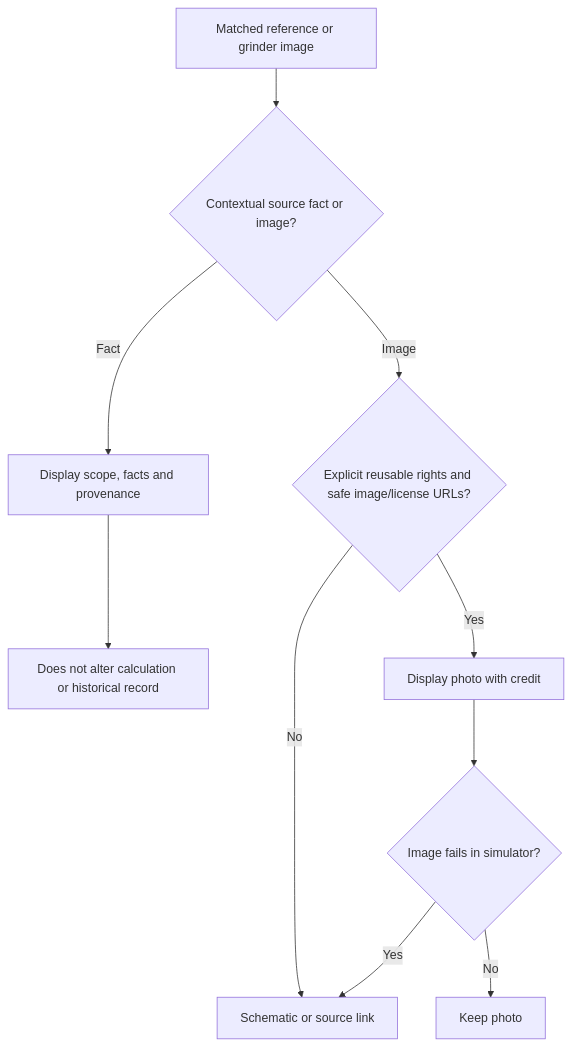
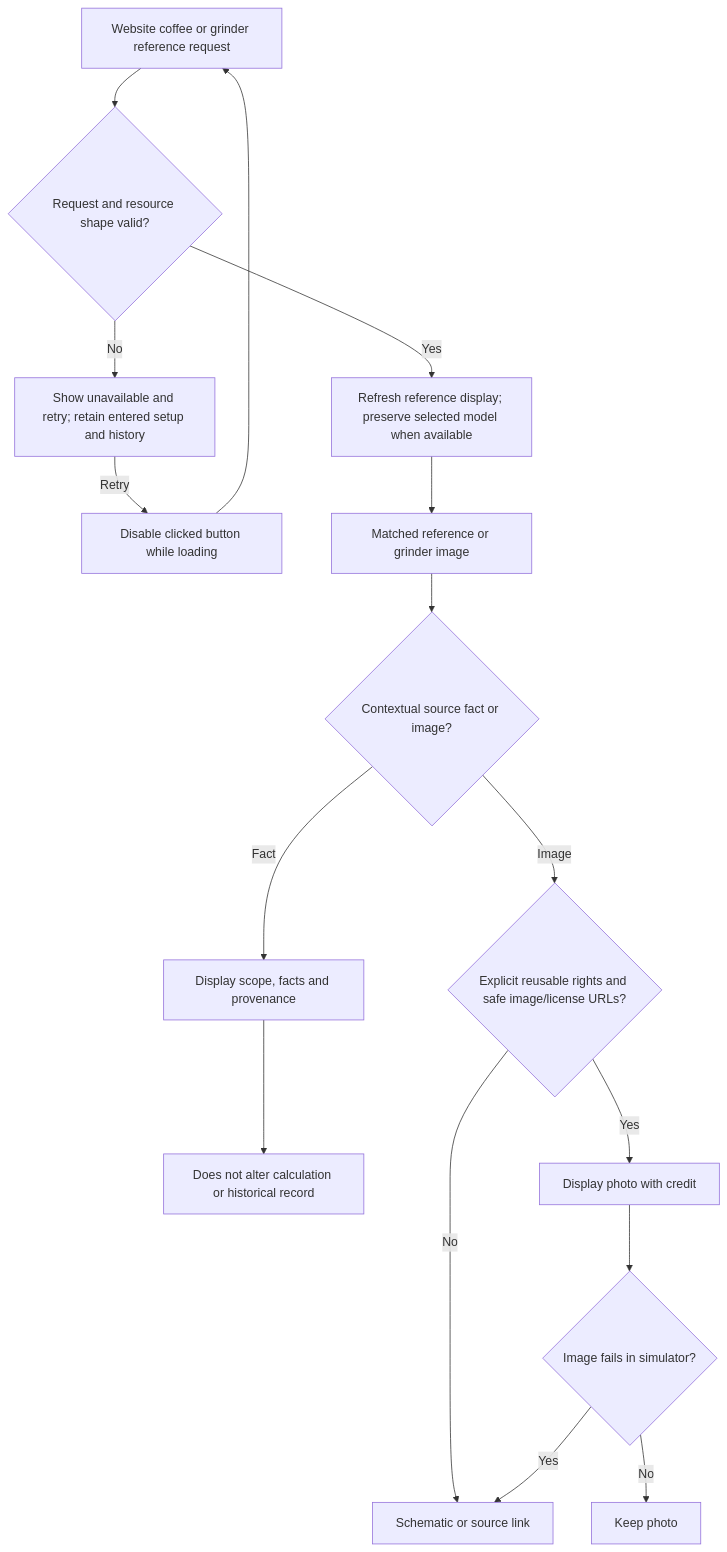
Before and after one commit to MaxRink/decaid-assisted-dialin-plugin: the diagram in docs/decision-trees/reference.mmd, drawn with Mermaid. The commit also changed 27 other files, not shown here.

```diff
--- a/docs/decision-trees/reference.mmd
+++ b/docs/decision-trees/reference.mmd
@@ -1,10 +1,16 @@
 flowchart TD
-A[Matched reference or grinder image] --> B{Contextual source fact or image?}
+L[Website coffee or grinder reference request] --> M{Request and resource shape valid?}
+ M -->|No| N[Show unavailable and retry; retain entered setup and history]
+ N -->|Retry| O[Disable clicked button while loading]
+ O --> L
+ M -->|Yes| P[Refresh reference display; preserve selected model when available]
+ P --> A[Matched reference or grinder image]
+ A --> B{Contextual source fact or image?}
  B -->|Fact| C[Display scope, facts and provenance]
  C --> D[Does not alter calculation or historical record]
  B -->|Image| E{Explicit reusable rights and safe image/license URLs?}
  E -->|Yes| F[Display photo with credit]
  E -->|No| G[Schematic or source link]
  F --> H{Image fails in simulator?}
  H -->|Yes| G
  H -->|No| I[Keep photo]
```
